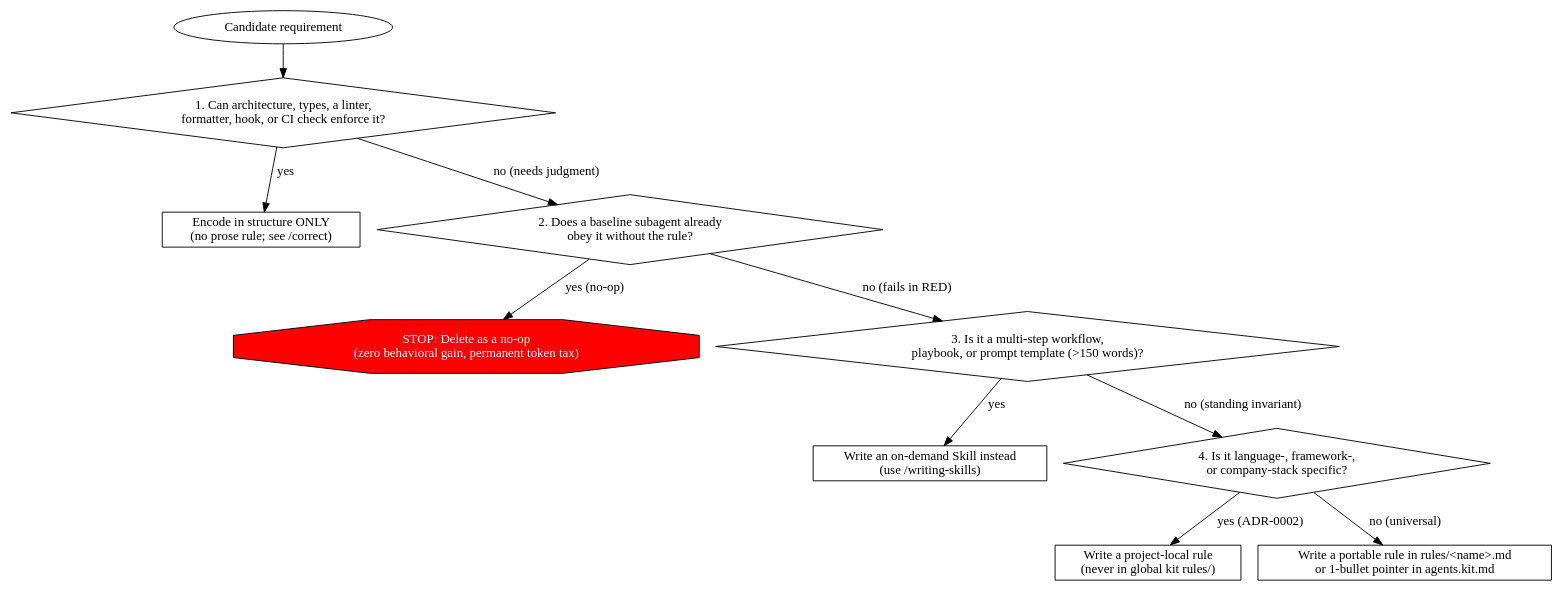
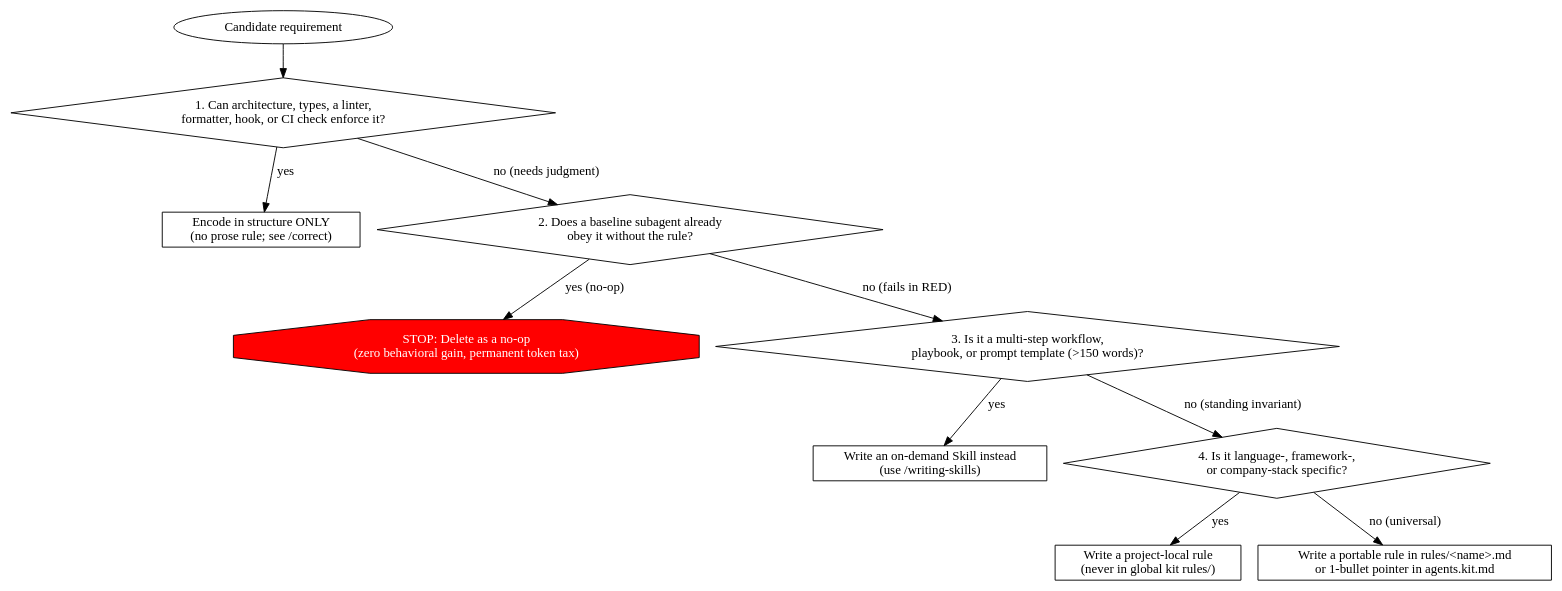
Before and after one commit to PhillipChaffee/magic: the diagram in skills/writing-rules/SKILL.md, drawn with Graphviz. The commit also changed other lines of this file and 127 other files, not shown here.

````diff
--- a/skills/writing-rules/SKILL.md
+++ b/skills/writing-rules/SKILL.md
@@ -32,24 +32,24 @@
 ```dot
 digraph rule_triage {
     "Candidate requirement" [shape=ellipse];
     "1. Can architecture, types, a linter,\nformatter, hook, or CI check enforce it?" [shape=diamond];
     "Encode in structure ONLY\n(no prose rule; see /correct)" [shape=box];
     "2. Does a baseline subagent already\nobey it without the rule?" [shape=diamond];
     "STOP: Delete as a no-op\n(zero behavioral gain, permanent token tax)" [shape=octagon, style=filled, fillcolor=red, fontcolor=white];
     "3. Is it a multi-step workflow,\nplaybook, or prompt template (>150 words)?" [shape=diamond];
     "Write an on-demand Skill instead\n(use /writing-skills)" [shape=box];
     "4. Is it language-, framework-,\nor company-stack specific?" [shape=diamond];
     "Write a project-local rule\n(never in global kit rules/)" [shape=box];
     "Write a portable rule in rules/<name>.md\nor 1-bullet pointer in agents.kit.md" [shape=box];
 
     "Candidate requirement" -> "1. Can architecture, types, a linter,\nformatter, hook, or CI check enforce it?";
     "1. Can architecture, types, a linter,\nformatter, hook, or CI check enforce it?" -> "Encode in structure ONLY\n(no prose rule; see /correct)" [label="yes"];
     "1. Can architecture, types, a linter,\nformatter, hook, or CI check enforce it?" -> "2. Does a baseline subagent already\nobey it without the rule?" [label="no (needs judgment)"];
     "2. Does a baseline subagent already\nobey it without the rule?" -> "STOP: Delete as a no-op\n(zero behavioral gain, permanent token tax)" [label="yes (no-op)"];
     "2. Does a baseline subagent already\nobey it without the rule?" -> "3. Is it a multi-step workflow,\nplaybook, or prompt template (>150 words)?" [label="no (fails in RED)"];
     "3. Is it a multi-step workflow,\nplaybook, or prompt template (>150 words)?" -> "Write an on-demand Skill instead\n(use /writing-skills)" [label="yes"];
     "3. Is it a multi-step workflow,\nplaybook, or prompt template (>150 words)?" -> "4. Is it language-, framework-,\nor company-stack specific?" [label="no (standing invariant)"];
-    "4. Is it language-, framework-,\nor company-stack specific?" -> "Write a project-local rule\n(never in global kit rules/)" [label="yes (ADR-0002)"];
+    "4. Is it language-, framework-,\nor company-stack specific?" -> "Write a project-local rule\n(never in global kit rules/)" [label="yes"];
     "4. Is it language-, framework-,\nor company-stack specific?" -> "Write a portable rule in rules/<name>.md\nor 1-bullet pointer in agents.kit.md" [label="no (universal)"];
 }
 ```
````
